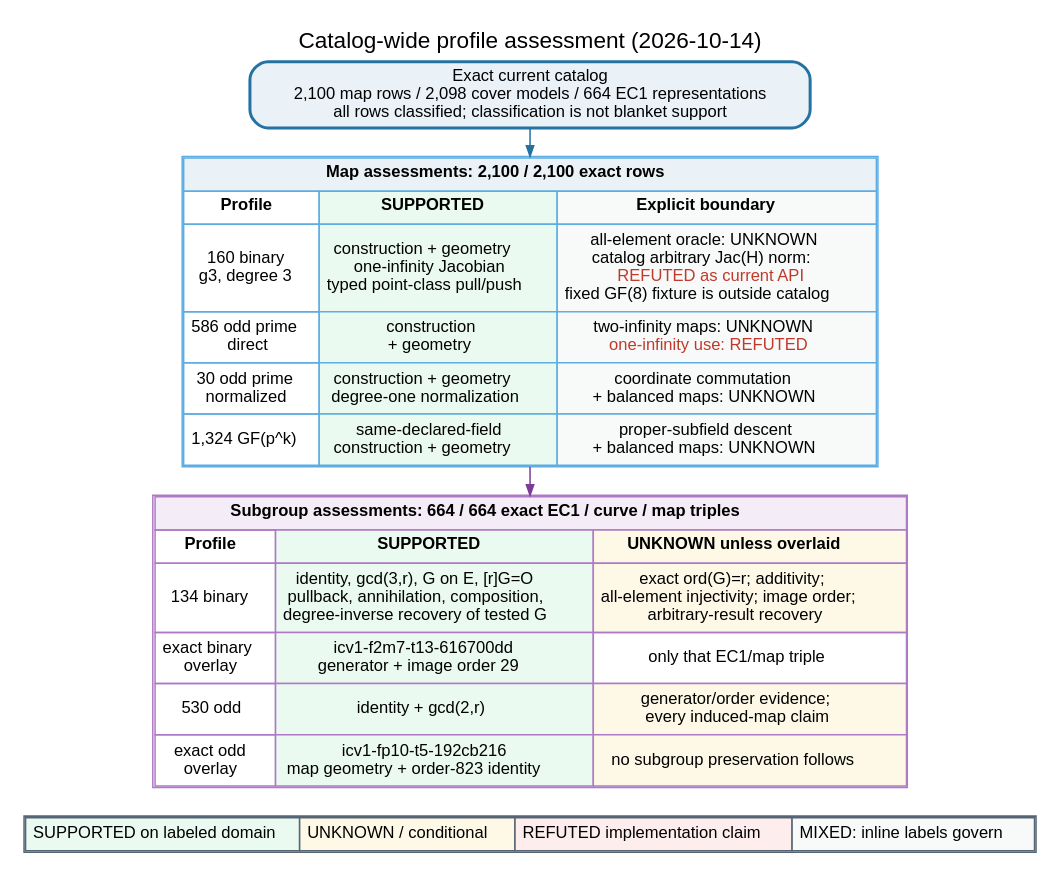
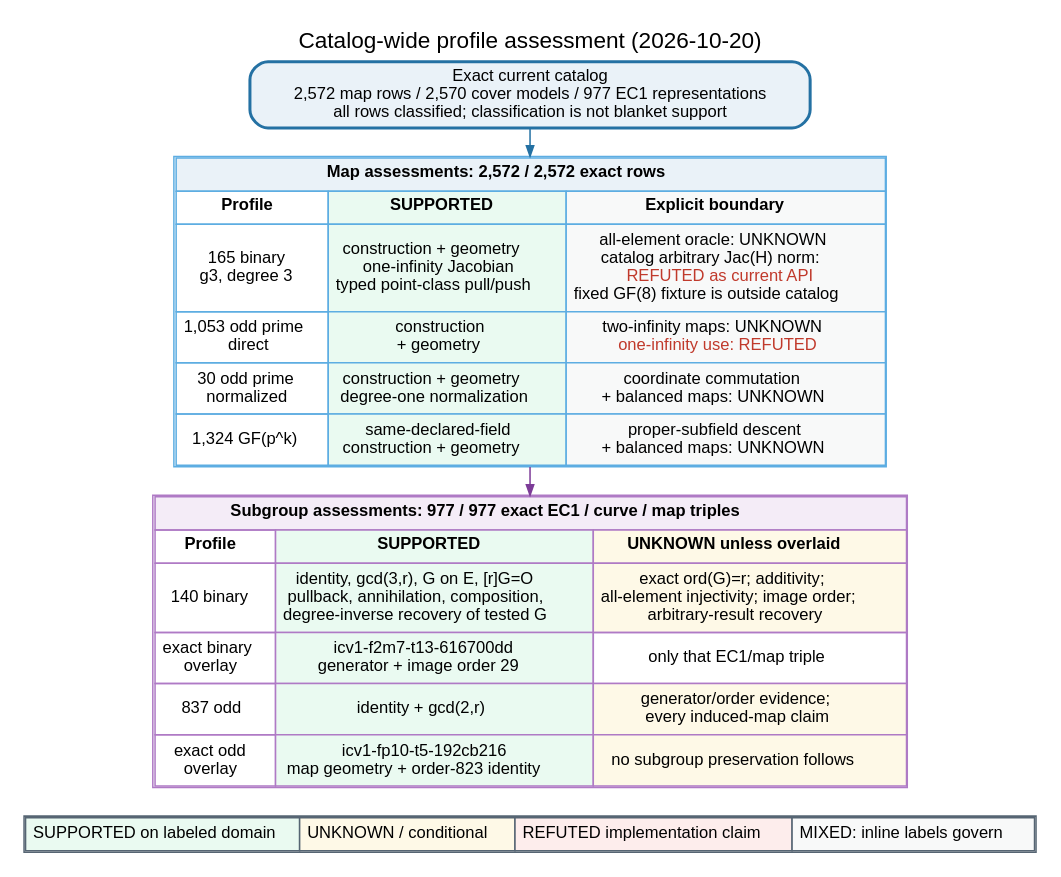
The diagram in research/cover_transfer_assessment_20261013/typed_correspondence.dot (isogeny-labs/crypto), drawn with Graphviz before and after one commit. The commit also changed 33 other files, not shown here.

Commit message:
Reconcile expanded cover catalog identities and restore independent CI checks

```diff
--- a/research/cover_transfer_assessment_20261013/typed_correspondence.dot
+++ b/research/cover_transfer_assessment_20261013/typed_correspondence.dot
@@ -1,64 +1,64 @@
-// cover-transfer-assessments/v2; catalog_maps=2100; unique_cover_models=2098; geometry_verified_maps=2100; ec1_representations=664; assessed_maps=2100; unassessed_maps=0; assessed_subgroups=664; unassessed_subgroups=0
+// cover-transfer-assessments/v2; catalog_maps=2572; unique_cover_models=2570; geometry_verified_maps=2572; ec1_representations=977; assessed_maps=2572; unassessed_maps=0; assessed_subgroups=977; unassessed_subgroups=0
 digraph cover_transfer_assessment {
   graph [
     rankdir=TB,
     bgcolor="white",
     pad="0.12",
     nodesep="0.20",
     ranksep="0.26",
     fontname="Helvetica",
     fontsize=15,
     labelloc="t",
-    label="Catalog-wide profile assessment (2026-10-14)"
+    label="Catalog-wide profile assessment (2026-10-20)"
   ];
   node [shape=box, style="rounded,filled", fillcolor="white", color="#34495e", fontname="Helvetica", fontsize=11];
   edge [fontname="Helvetica", fontsize=9, color="#34495e", arrowsize=0.7];
 
   catalog [
-    label="Exact current catalog\n2,100 map rows / 2,098 cover models / 664 EC1 representations\nall rows classified; classification is not blanket support",
+    label="Exact current catalog\n2,572 map rows / 2,570 cover models / 977 EC1 representations\nall rows classified; classification is not blanket support",
     fillcolor="#eaf2f8",
     color="#2471a3",
     penwidth=2
   ];
 
   maps [
     shape=plain,
     label=<
       <TABLE BORDER="1" CELLBORDER="1" CELLSPACING="0" CELLPADDING="4" COLOR="#5dade2">
-        <TR><TD COLSPAN="3" BGCOLOR="#eaf2f8"><B>Map assessments: 2,100 / 2,100 exact rows</B></TD></TR>
+        <TR><TD COLSPAN="3" BGCOLOR="#eaf2f8"><B>Map assessments: 2,572 / 2,572 exact rows</B></TD></TR>
         <TR><TD><B>Profile</B></TD><TD BGCOLOR="#eafaf1"><B>SUPPORTED</B></TD><TD BGCOLOR="#f8f9f9"><B>Explicit boundary</B></TD></TR>
-        <TR><TD>160 binary<BR/>g3, degree 3</TD><TD BGCOLOR="#eafaf1">construction + geometry<BR/>one-infinity Jacobian<BR/>typed point-class pull/push</TD><TD BGCOLOR="#f8f9f9">all-element oracle: UNKNOWN<BR/>catalog arbitrary Jac(H) norm:<BR/><FONT COLOR="#c0392b">REFUTED as current API</FONT><BR/>fixed GF(8) fixture is outside catalog</TD></TR>
-        <TR><TD>586 odd prime<BR/>direct</TD><TD BGCOLOR="#eafaf1">construction<BR/>+ geometry</TD><TD BGCOLOR="#f8f9f9">two-infinity maps: UNKNOWN<BR/><FONT COLOR="#c0392b">one-infinity use: REFUTED</FONT></TD></TR>
+        <TR><TD>165 binary<BR/>g3, degree 3</TD><TD BGCOLOR="#eafaf1">construction + geometry<BR/>one-infinity Jacobian<BR/>typed point-class pull/push</TD><TD BGCOLOR="#f8f9f9">all-element oracle: UNKNOWN<BR/>catalog arbitrary Jac(H) norm:<BR/><FONT COLOR="#c0392b">REFUTED as current API</FONT><BR/>fixed GF(8) fixture is outside catalog</TD></TR>
+        <TR><TD>1,053 odd prime<BR/>direct</TD><TD BGCOLOR="#eafaf1">construction<BR/>+ geometry</TD><TD BGCOLOR="#f8f9f9">two-infinity maps: UNKNOWN<BR/><FONT COLOR="#c0392b">one-infinity use: REFUTED</FONT></TD></TR>
         <TR><TD>30 odd prime<BR/>normalized</TD><TD BGCOLOR="#eafaf1">construction + geometry<BR/>degree-one normalization</TD><TD BGCOLOR="#f8f9f9">coordinate commutation<BR/>+ balanced maps: UNKNOWN</TD></TR>
         <TR><TD>1,324 GF(p^k)</TD><TD BGCOLOR="#eafaf1">same-declared-field<BR/>construction + geometry</TD><TD BGCOLOR="#f8f9f9">proper-subfield descent<BR/>+ balanced maps: UNKNOWN</TD></TR>
       </TABLE>
     >
   ];
 
   subgroups [
     shape=plain,
     label=<
       <TABLE BORDER="1" CELLBORDER="1" CELLSPACING="0" CELLPADDING="4" COLOR="#af7ac5">
-        <TR><TD COLSPAN="3" BGCOLOR="#f4ecf7"><B>Subgroup assessments: 664 / 664 exact EC1 / curve / map triples</B></TD></TR>
+        <TR><TD COLSPAN="3" BGCOLOR="#f4ecf7"><B>Subgroup assessments: 977 / 977 exact EC1 / curve / map triples</B></TD></TR>
         <TR><TD><B>Profile</B></TD><TD BGCOLOR="#eafaf1"><B>SUPPORTED</B></TD><TD BGCOLOR="#fef9e7"><B>UNKNOWN unless overlaid</B></TD></TR>
-        <TR><TD>134 binary</TD><TD BGCOLOR="#eafaf1">identity, gcd(3,r), G on E, [r]G=O<BR/>pullback, annihilation, composition,<BR/>degree-inverse recovery of tested G</TD><TD BGCOLOR="#fef9e7">exact ord(G)=r; additivity;<BR/>all-element injectivity; image order;<BR/>arbitrary-result recovery</TD></TR>
+        <TR><TD>140 binary</TD><TD BGCOLOR="#eafaf1">identity, gcd(3,r), G on E, [r]G=O<BR/>pullback, annihilation, composition,<BR/>degree-inverse recovery of tested G</TD><TD BGCOLOR="#fef9e7">exact ord(G)=r; additivity;<BR/>all-element injectivity; image order;<BR/>arbitrary-result recovery</TD></TR>
         <TR><TD>exact binary<BR/>overlay</TD><TD BGCOLOR="#eafaf1">icv1-f2m7-t13-616700dd<BR/>generator + image order 29</TD><TD>only that EC1/map triple</TD></TR>
-        <TR><TD>530 odd</TD><TD BGCOLOR="#eafaf1">identity + gcd(2,r)</TD><TD BGCOLOR="#fef9e7">generator/order evidence;<BR/>every induced-map claim</TD></TR>
+        <TR><TD>837 odd</TD><TD BGCOLOR="#eafaf1">identity + gcd(2,r)</TD><TD BGCOLOR="#fef9e7">generator/order evidence;<BR/>every induced-map claim</TD></TR>
         <TR><TD>exact odd<BR/>overlay</TD><TD BGCOLOR="#eafaf1">icv1-fp10-t5-192cb216<BR/>map geometry + order-823 identity</TD><TD BGCOLOR="#fef9e7">no subgroup preservation follows</TD></TR>
       </TABLE>
     >
   ];
 
   legend [
     shape=plain,
     label=<
       <TABLE BORDER="1" CELLBORDER="1" CELLSPACING="0" CELLPADDING="4" COLOR="#566573">
         <TR><TD BGCOLOR="#eafaf1">SUPPORTED on labeled domain</TD><TD BGCOLOR="#fef9e7">UNKNOWN / conditional</TD><TD BGCOLOR="#fdedec">REFUTED implementation claim</TD><TD BGCOLOR="#f8f9f9">MIXED: inline labels govern</TD></TR>
       </TABLE>
     >
   ];
 
   catalog -> maps [color="#2471a3"];
   maps -> subgroups [color="#7d3c98"];
   subgroups -> legend [style="invis", weight=80];
 }
```
